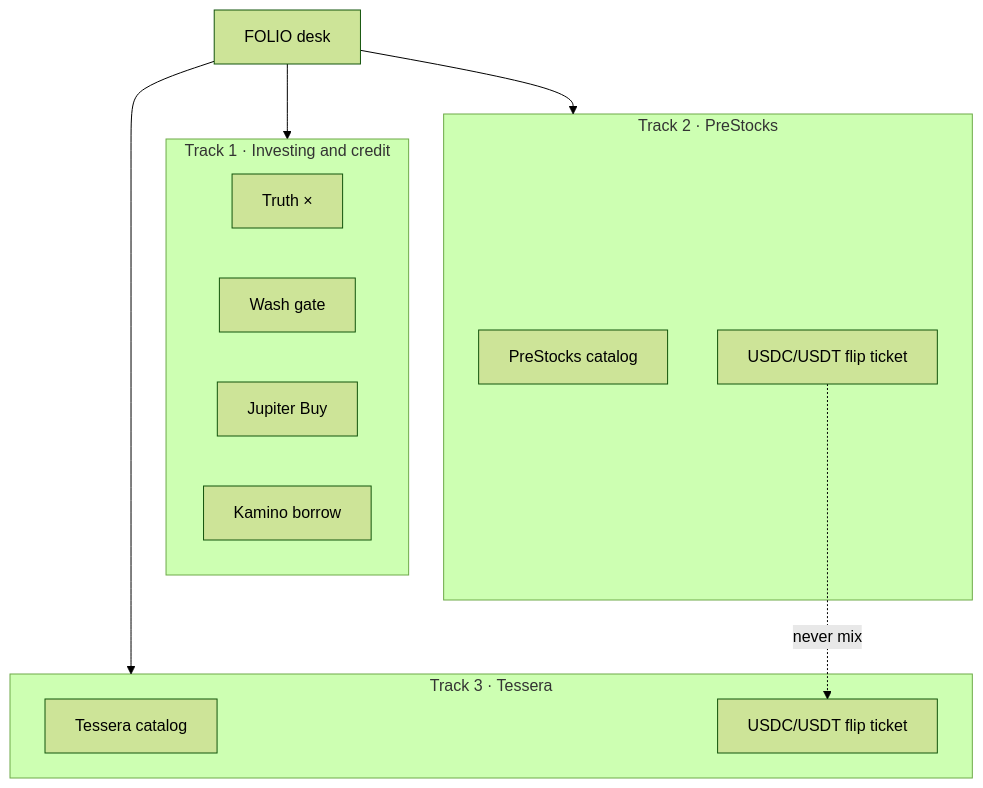
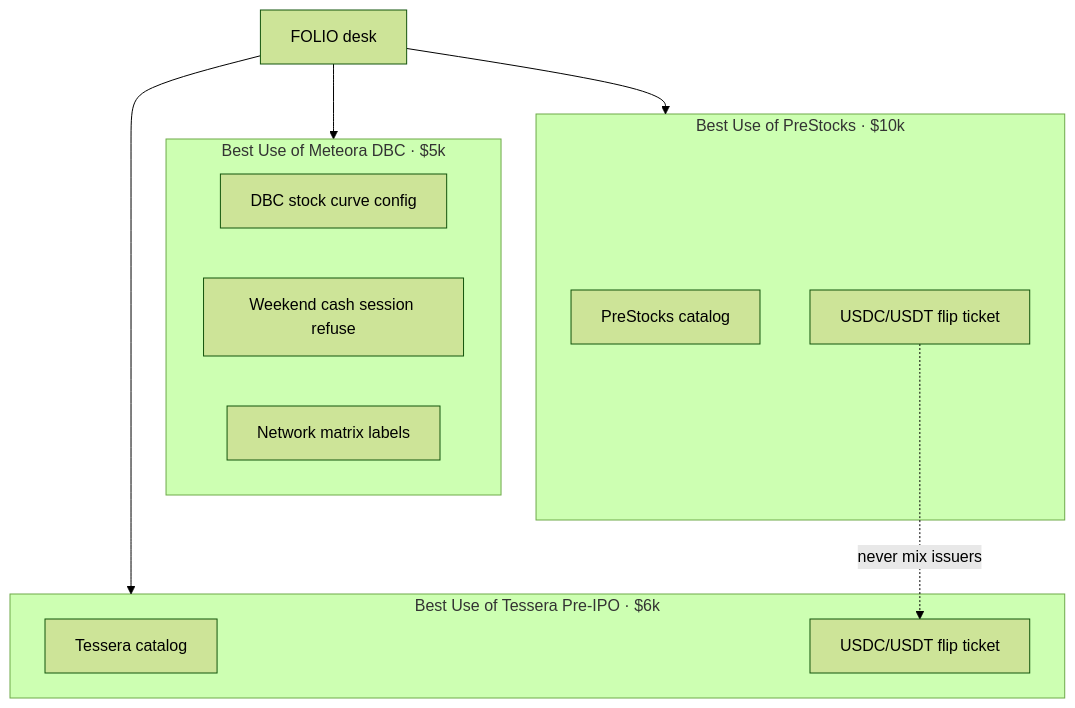
The first of 5 diagrams in README.md (henrysammarfo/folio), drawn with Mermaid (forest theme) before and after one commit. The commit also changed other lines of this file and 6 other files, not shown here.

First line of the commit message:
docs: lock Competing In to Meteora DBC, Tessera, PreStocks

````diff
--- a/README.md
+++ b/README.md
@@ -58,21 +58,20 @@
 ```mermaid
 flowchart TB
-  subgraph T1["Track 1 · Investing and credit"]
-    Truth[Truth ×]
-    Wash[Wash gate]
-    Buy[Jupiter Buy]
-    Credit[Kamino borrow]
+  subgraph T1["Best Use of Meteora DBC · $5k"]
+    DBC[DBC stock curve config]
+    Sess[Weekend cash session refuse]
+    Net[Network matrix labels]
   end
-  subgraph T2["Track 2 · PreStocks"]
+  subgraph T2["Best Use of Tessera Pre-IPO · $6k"]
+    TCat[Tessera catalog]
+    TBuy[USDC/USDT flip ticket]
+  end
+  subgraph T3["Best Use of PreStocks · $10k"]
     PCat[PreStocks catalog]
     PBuy[USDC/USDT flip ticket]
-  end
-  subgraph T3["Track 3 · Tessera"]
-    TCat[Tessera catalog]
-    TBuy[USDC/USDT flip ticket]
   end
   Desk[FOLIO desk] --> T1
   Desk --> T2
   Desk --> T3
-  PBuy -.->|never mix| TBuy
+  PBuy -.->|never mix issuers| TBuy
 ```
````
